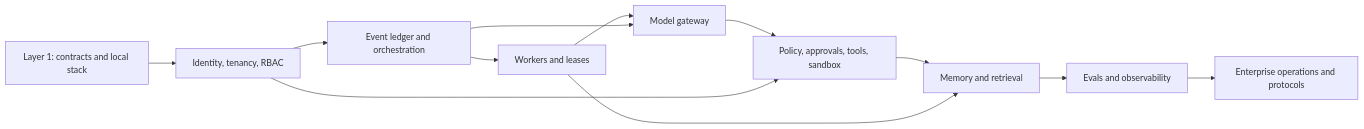
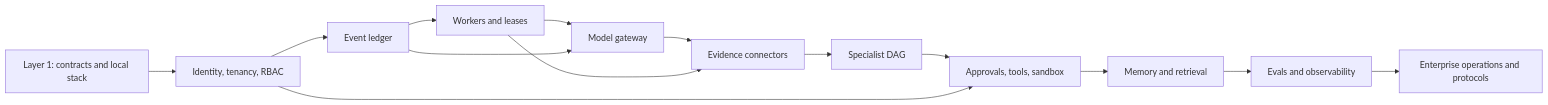
One commit to mrinmoyece/aegis-agent-platform changed the diagram in docs/enterprise-implementation-plan.md. Above: the diagram before and after it, drawn with Mermaid. The commit also changed other lines of this file and 31 other files, not shown here.

Commit message:
Implement governed durable specialist orchestration

````diff
--- a/docs/enterprise-implementation-plan.md
+++ b/docs/enterprise-implementation-plan.md
@@ -37,16 +37,18 @@
 ```mermaid
 flowchart LR
   L1[Layer 1: contracts and local stack]
   L2[Identity, tenancy, RBAC]
-  L3[Event ledger and orchestration]
+  L3[Event ledger]
   L4[Workers and leases]
   L5[Model gateway]
-  L6[Policy, approvals, tools, sandbox]
-  L7[Memory and retrieval]
-  L8[Evals and observability]
-  L9[Enterprise operations and protocols]
-  L1 --> L2 --> L3 --> L4 --> L5 --> L6 --> L7 --> L8 --> L9
+  L6[Evidence connectors]
+  L7[Specialist DAG]
+  L8[Approvals, tools, sandbox]
+  L9[Memory and retrieval]
+  L10[Evals and observability]
+  L11[Enterprise operations and protocols]
+  L1 --> L2 --> L3 --> L4 --> L5 --> L6 --> L7 --> L8 --> L9 --> L10 --> L11
   L3 --> L5
-  L4 --> L7
-  L2 --> L6
+  L4 --> L6
+  L2 --> L8
 ```
````
